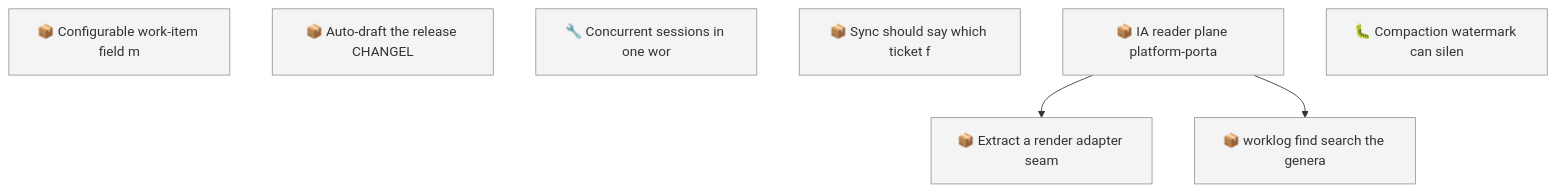
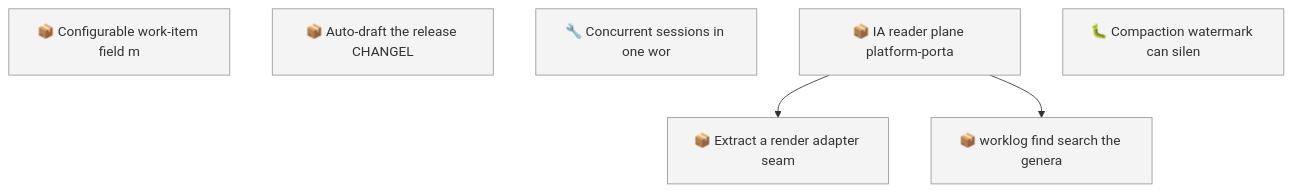
One commit to SpillwaveSolutions/wiki_ticket_sdd changed the first of 2 diagrams in docs/roadmap.md. Above: the diagram before and after it, drawn with Mermaid. The commit also changed other lines of this file and 9 other files, not shown here.

First line of the commit message:
feat(sync): name the live ticket fields a push replaces (#238)

````diff
--- a/docs/roadmap.md
+++ b/docs/roadmap.md
@@ -53,15 +52,14 @@
 ```mermaid
 graph TD
     01KY5NE0ZYGBWG44N0KPEBFCZ8["📦 Configurable work-item field m"]
     01KYAC0AC01R4C6W7YY1X8NVRV["📦 Auto-draft the release CHANGEL"]
     01KYNHEV5GCR1MDNECAXFT0GK2["🔧 Concurrent sessions in one wor"]
-    01KYNHEVDSD4BTASXCTV88Q80Q["📦 Sync should say which ticket f"]
     01KYWGM3KPNQNSWV03FRG23ADB["📦 IA reader plane platform-porta"]
     01KYWGM3R13Q33YZ3PJA3V7QMD["📦 Extract a render adapter seam"]
     01KYWGM3W958F3QK4HB52X1Q1X["📦 worklog find search the genera"]
     01KYZ5CY9PS60BYH1E07DF5C9P["🐛 Compaction watermark can silen"]
     01KYWGM3KPNQNSWV03FRG23ADB --> 01KYWGM3R13Q33YZ3PJA3V7QMD
     01KYWGM3KPNQNSWV03FRG23ADB --> 01KYWGM3W958F3QK4HB52X1Q1X
     classDef todo fill:#f4f4f4,stroke:#999999
-    class 01KY5NE0ZYGBWG44N0KPEBFCZ8,01KYAC0AC01R4C6W7YY1X8NVRV,01KYNHEV5GCR1MDNECAXFT0GK2,01KYNHEVDSD4BTASXCTV88Q80Q,01KYWGM3KPNQNSWV03FRG23ADB,01KYWGM3R13Q33YZ3PJA3V7QMD,01KYWGM3W958F3QK4HB52X1Q1X,01KYZ5CY9PS60BYH1E07DF5C9P todo
+    class 01KY5NE0ZYGBWG44N0KPEBFCZ8,01KYAC0AC01R4C6W7YY1X8NVRV,01KYNHEV5GCR1MDNECAXFT0GK2,01KYWGM3KPNQNSWV03FRG23ADB,01KYWGM3R13Q33YZ3PJA3V7QMD,01KYWGM3W958F3QK4HB52X1Q1X,01KYZ5CY9PS60BYH1E07DF5C9P todo
 ```
````
